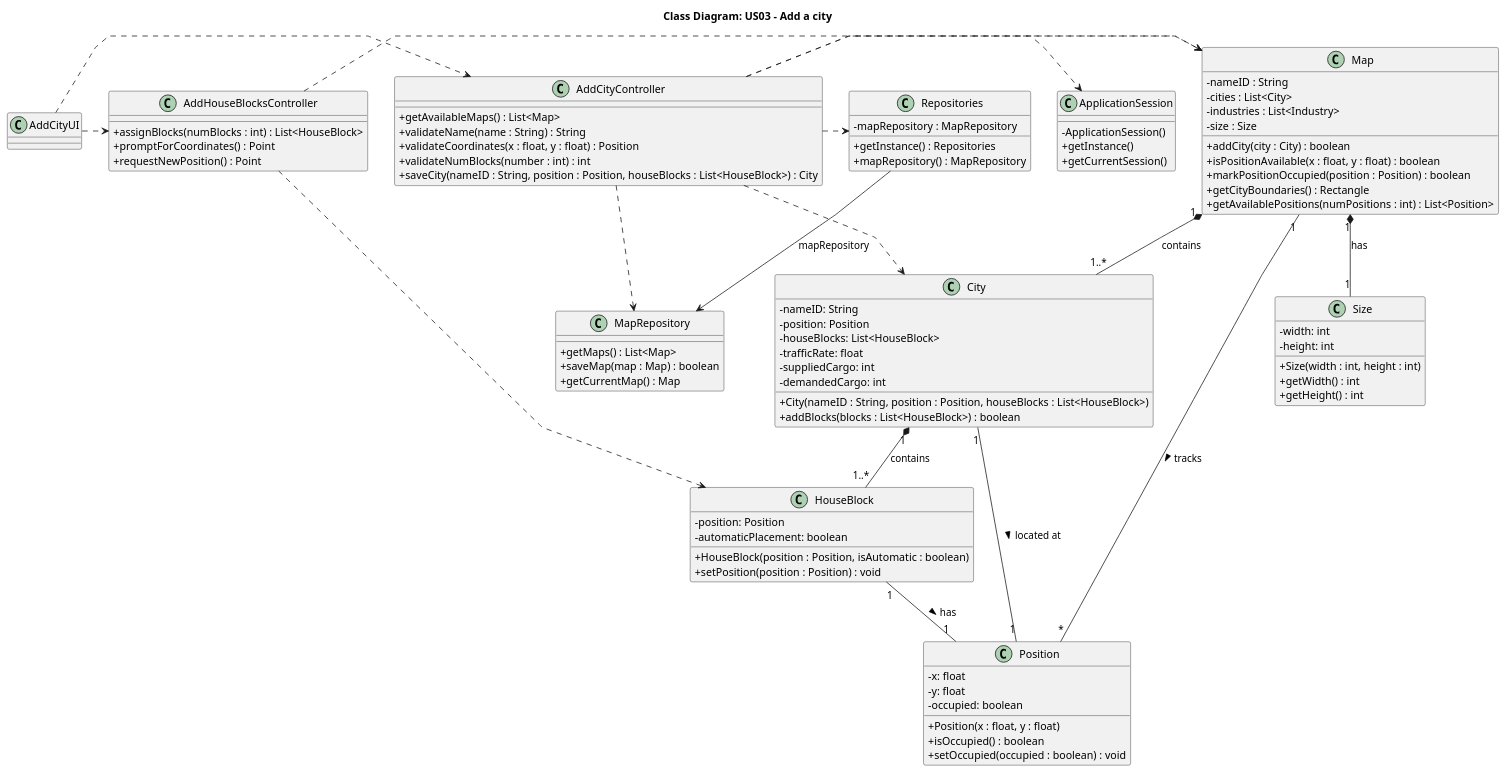
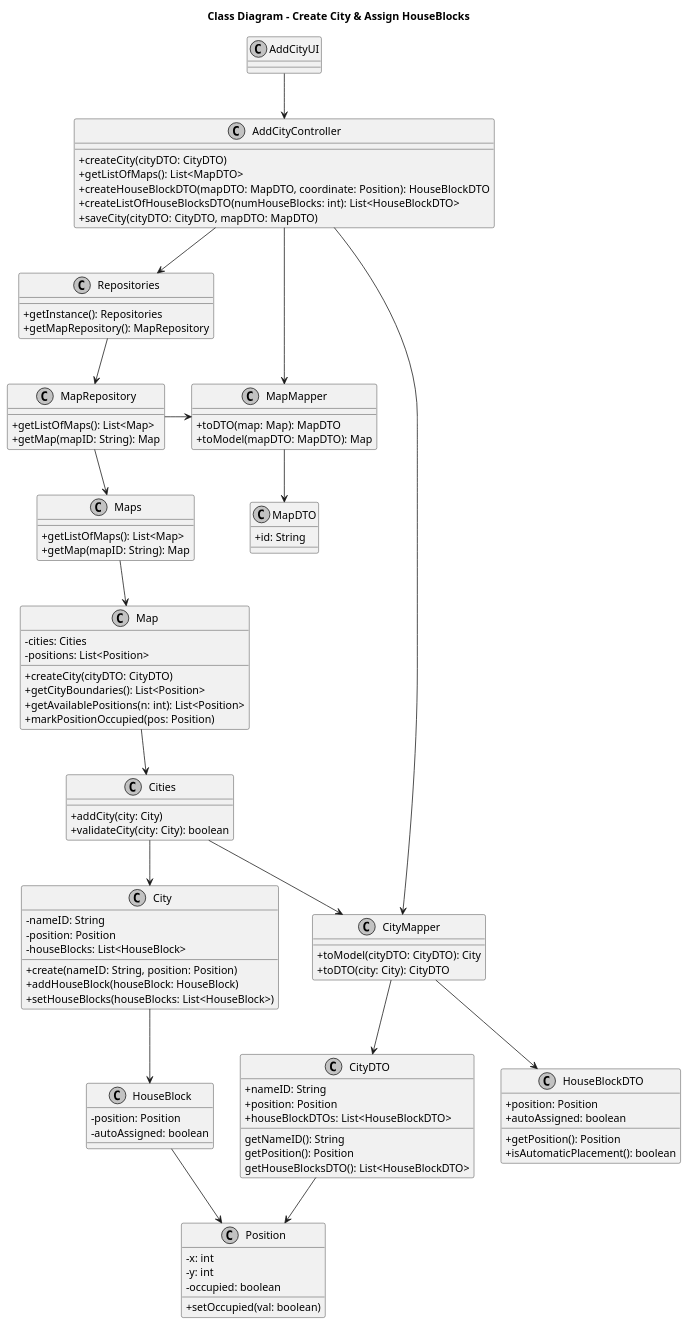
Before and after one commit to HenriqueSilva18/Railway-Network-Simulator: the diagram in docs/system-documentation/Sprint 3/US03/03.design/puml/US03-CD.puml, drawn with PlantUML. The commit also changed 23 other files, not shown here.

```diff
--- a/docs/system-documentation/Sprint 3/US03/03.design/puml/US03-CD.puml
+++ b/docs/system-documentation/Sprint 3/US03/03.design/puml/US03-CD.puml
@@ -1,116 +1,119 @@
 @startuml
+skinparam monochrome true
+skinparam classAttributeIconSize 0
+title Class Diagram - Create City & Assign HouseBlocks
 
-
-skinparam packageStyle rectangle
-skinparam shadowing false
-skinparam linetype polyline
-skinparam classAttributeIconSize 0
-
-title Class Diagram: US03 - Add a city
-
-class ApplicationSession {
-  -ApplicationSession()
-  +getInstance()
-  +getCurrentSession()
+class AddCityUI {
 }
 
-' Main controller class
 class AddCityController {
-  +getAvailableMaps() : List<Map>
-  +validateName(name : String) : String
-  +validateCoordinates(x : float, y : float) : Position
-  +validateNumBlocks(number : int) : int
-  +saveCity(nameID : String, position : Position, houseBlocks : List<HouseBlock>) : City
-}
-
-' Controller for house blocks management
-class AddHouseBlocksController {
-  +assignBlocks(numBlocks : int) : List<HouseBlock>
-  +promptForCoordinates() : Point
-  +requestNewPosition() : Point
-}
-
-' Repository classes
-class Repositories {
-  -mapRepository : MapRepository
-  +getInstance() : Repositories
-  +mapRepository() : MapRepository
+    +createCity(cityDTO: CityDTO)
+    +getListOfMaps(): List<MapDTO>
+    +createHouseBlockDTO(mapDTO: MapDTO, coordinate: Position): HouseBlockDTO
+    +createListOfHouseBlocksDTO(numHouseBlocks: int): List<HouseBlockDTO>
+    +saveCity(cityDTO: CityDTO, mapDTO: MapDTO)
 }
 
 class MapRepository {
-  +getMaps() : List<Map>
-  +saveMap(map : Map) : boolean
-  +getCurrentMap() : Map
+  +getListOfMaps(): List<Map>
+    +getMap(mapID: String): Map
 }
 
-' Domain classes
+class Repositories {
+  +getInstance(): Repositories
+  +getMapRepository(): MapRepository
+}
+
+class Maps {
+  +getListOfMaps(): List<Map>
+  +getMap(mapID: String): Map
+}
+
+class MapMapper {
+  +toDTO(map: Map): MapDTO
+  +toModel(mapDTO: MapDTO): Map
+}
+
+class Map {
+  -cities: Cities
+  -positions: List<Position>
+  +createCity(cityDTO: CityDTO)
+  +getCityBoundaries(): List<Position>
+  +getAvailablePositions(n: int): List<Position>
+  +markPositionOccupied(pos: Position)
+}
+
+class Cities {
+  +addCity(city: City)
+  +validateCity(city: City): boolean
+}
+
 class City {
   -nameID: String
   -position: Position
   -houseBlocks: List<HouseBlock>
-  -trafficRate: float
-  -suppliedCargo: int
-  -demandedCargo: int
-  +City(nameID : String, position : Position, houseBlocks : List<HouseBlock>)
-  +addBlocks(blocks : List<HouseBlock>) : boolean
-}
-
-class Map {
-  -nameID : String
-  -cities : List<City>
-  -industries : List<Industry>
-  -size : Size
-  +addCity(city : City) : boolean
-  +isPositionAvailable(x : float, y : float) : boolean
-  +markPositionOccupied(position : Position) : boolean
-  +getCityBoundaries() : Rectangle
-  +getAvailablePositions(numPositions : int) : List<Position>
+    +create(nameID: String, position: Position)
+    +addHouseBlock(houseBlock: HouseBlock)
+    +setHouseBlocks(houseBlocks: List<HouseBlock>)
 }
 
 class HouseBlock {
   -position: Position
-  -automaticPlacement: boolean
-  +HouseBlock(position : Position, isAutomatic : boolean)
-  +setPosition(position : Position) : void
+  -autoAssigned: boolean
+}
+
+class HouseBlockDTO {
+  +position: Position
+  +autoAssigned: boolean
+
+  +getPosition(): Position
+    +isAutomaticPlacement(): boolean
+
 }
 
 class Position {
-  -x: float
-  -y: float
+  -x: int
+  -y: int
   -occupied: boolean
-  +Position(x : float, y : float)
-  +isOccupied() : boolean
-  +setOccupied(occupied : boolean) : void
+  +setOccupied(val: boolean)
 }
 
-class Size {
-  -width: int
-  -height: int
-  +Size(width : int, height : int)
-  +getWidth() : int
-  +getHeight() : int
+class CityMapper {
+  +toModel(cityDTO: CityDTO): City
+    +toDTO(city: City): CityDTO
 }
 
-' UI class
-class AddCityUI {
+class CityDTO {
+  +nameID: String
+  +position: Position
+    +houseBlockDTOs: List<HouseBlockDTO>
+
+  getNameID(): String
+    getPosition(): Position
+    getHouseBlocksDTO(): List<HouseBlockDTO>
 }
 
-' Relationships
-AddCityController .> ApplicationSession
-Repositories --> MapRepository : mapRepository
-AddCityController .> Repositories
-AddCityController .> City
-AddCityController .> Map
-AddCityController .> MapRepository
-AddHouseBlocksController .> HouseBlock
-AddHouseBlocksController .> Map
-AddCityUI .> AddCityController
-AddCityUI .> AddHouseBlocksController
-Map "1" *-- "1..*" City : contains
-City "1" *-- "1..*" HouseBlock : contains
-Map "1" *-- "1" Size : has
-HouseBlock "1" -- "1" Position : has >
-City "1" -- "1" Position : located at >
-Map "1" -- "*" Position : tracks >
+class MapDTO {
+  +id: String
+}
+
+' RELATIONSHIPS
+AddCityUI --> AddCityController
+AddCityController --> Repositories
+AddCityController --> MapMapper
+MapMapper --> MapDTO
+MapRepository -> MapMapper
+Repositories --> MapRepository
+MapRepository --> Maps
+Maps --> Map
+Map --> Cities
+Cities --> City
+Cities --> CityMapper
+CityMapper --> CityDTO
+CityMapper --> HouseBlockDTO
+City --> HouseBlock
+HouseBlock --> Position
+CityDTO --> Position
+AddCityController --> CityMapper
 
 @enduml
```
